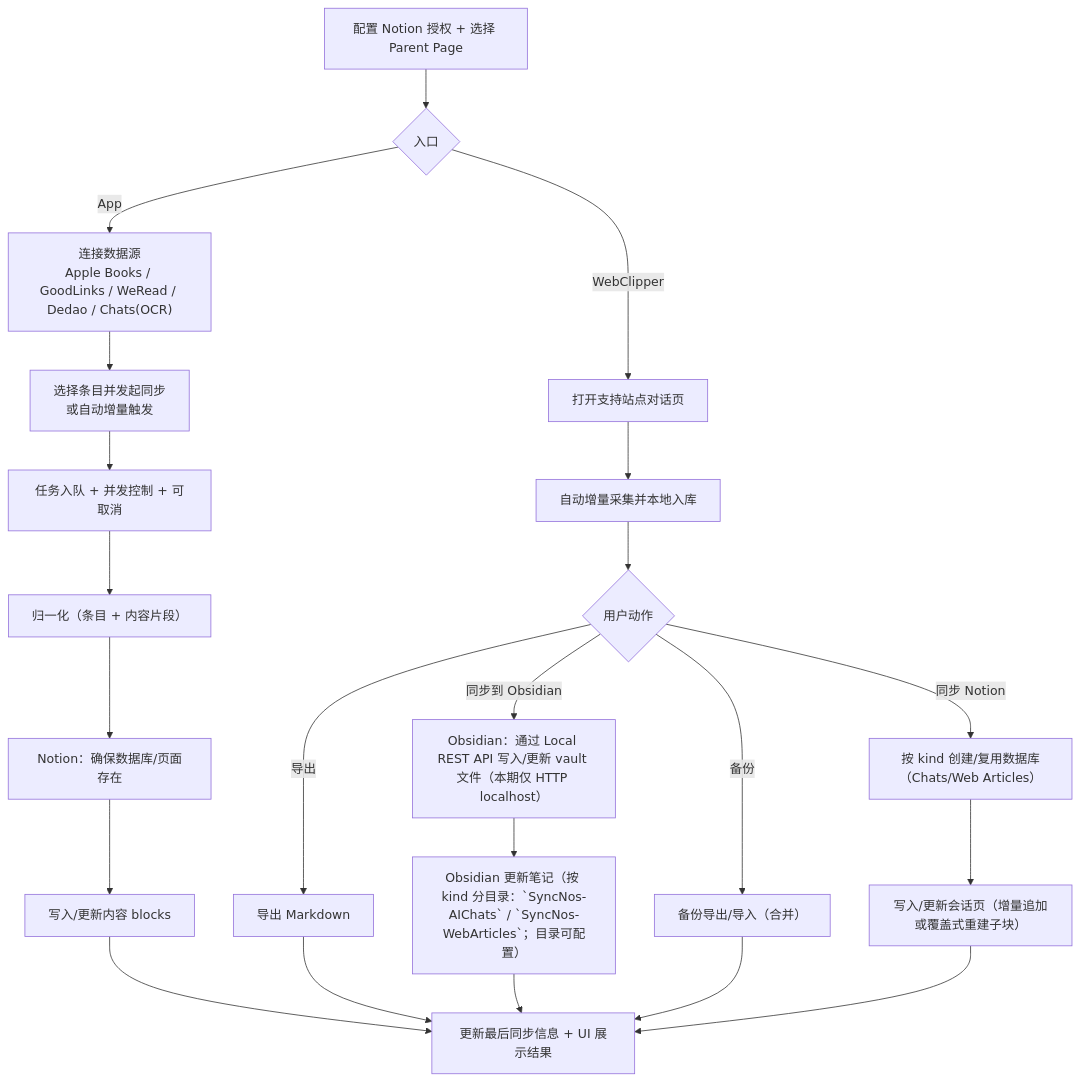
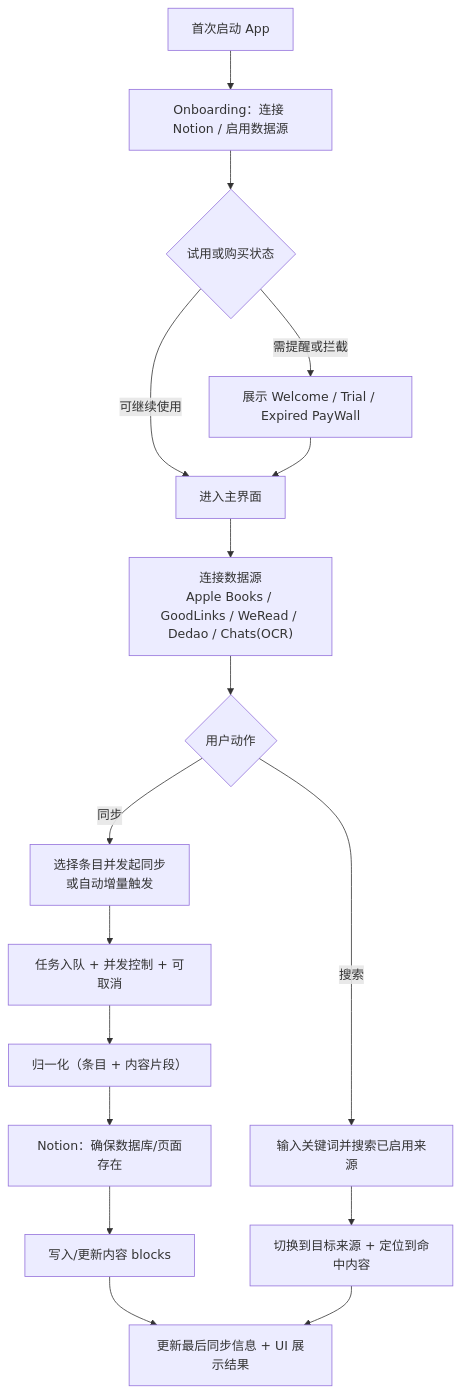
The first of 2 diagrams in .github/docs/business-logic.md (chiimagnus/SyncNos), drawn with Mermaid before and after one commit. The commit also changed other lines of this file and 1 other file, not shown here.

Commit message:
docs: 更新仓库指南，添加产品线描述和业务全局地图路径

````diff
--- a/.github/docs/business-logic.md
+++ b/.github/docs/business-logic.md
@@ -141,26 +132,21 @@
 ```mermaid
 flowchart TD
-    A["配置 Notion 授权 + 选择 Parent Page"] --> B{入口}
+    A["首次启动 App"] --> B["Onboarding：连接 Notion / 启用数据源"]
+    B --> C{"试用或购买状态"}
+    C -->|可继续使用| D["进入主界面"]
+    C -->|需提醒或拦截| E["展示 Welcome / Trial / Expired PayWall"]
+    E --> D
 
-    B -->|App| C["连接数据源<br/>Apple Books / GoodLinks / WeRead / Dedao / Chats(OCR)"]
-    C --> D["选择条目并发起同步<br/>或自动增量触发"]
-    D --> E["任务入队 + 并发控制 + 可取消"]
-    E --> F["归一化（条目 + 内容片段）"]
-    F --> G["Notion：确保数据库/页面存在"]
-    G --> H["写入/更新内容 blocks"]
-    H --> I["更新最后同步信息 + UI 展示结果"]
+    D --> F["连接数据源<br/>Apple Books / GoodLinks / WeRead / Dedao / Chats(OCR)"]
+    F --> G{"用户动作"}
+    G -->|同步| H["选择条目并发起同步<br/>或自动增量触发"]
+    H --> I["任务入队 + 并发控制 + 可取消"]
+    I --> J["归一化（条目 + 内容片段）"]
+    J --> K["Notion：确保数据库/页面存在"]
+    K --> L["写入/更新内容 blocks"]
+    L --> M["更新最后同步信息 + UI 展示结果"]
 
-    B -->|WebClipper| W1["打开支持站点对话页"]
-    W1 --> W2["自动增量采集并本地入库"]
-    W2 --> W3{用户动作}
-    W3 -->|导出| W4["导出 Markdown"]
-    W3 -->|同步到 Obsidian| W8["Obsidian：通过 Local REST API 写入/更新 vault 文件（本期仅 HTTP localhost）"]
-    W3 -->|备份| W5["备份导出/导入（合并）"]
-    W3 -->|同步 Notion| W6["按 kind 创建/复用数据库（Chats/Web Articles）"]
-    W8 --> W9["Obsidian 更新笔记（按 kind 分目录：`SyncNos-AIChats` / `SyncNos-WebArticles`；目录可配置）"]
-    W6 --> W7["写入/更新会话页（增量追加或覆盖式重建子块）"]
-    W4 --> I
-    W9 --> I
-    W5 --> I
-    W7 --> I
+    G -->|搜索| N["输入关键词并搜索已启用来源"]
+    N --> O["切换到目标来源 + 定位到命中内容"]
+    O --> M
 ```
````
